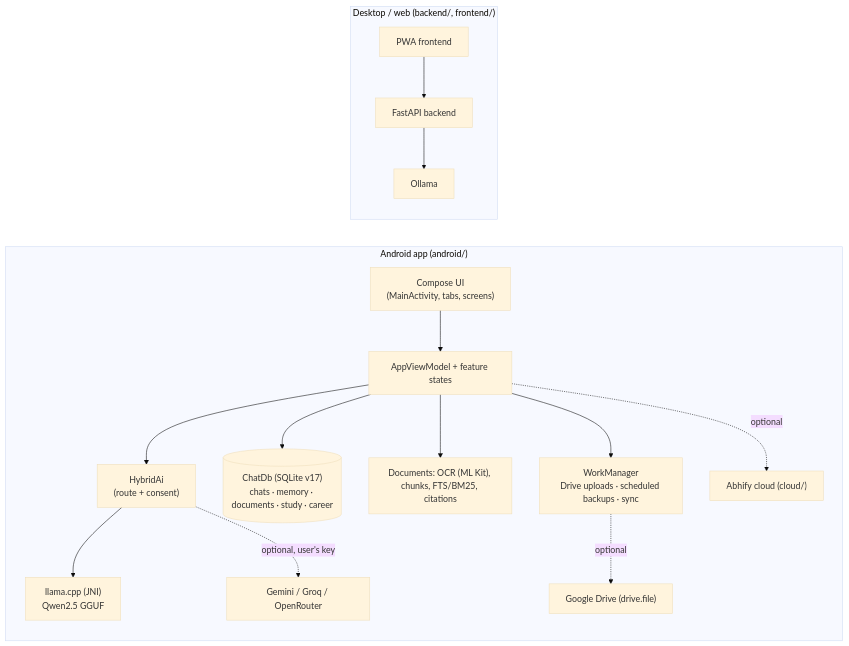
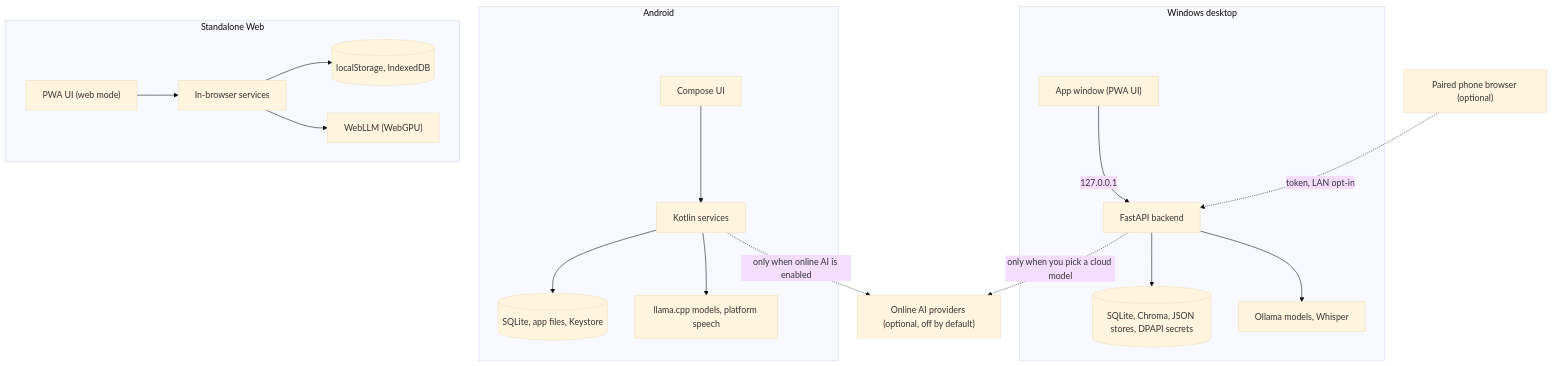
Before and after one commit to tabhiabhishek/Abhify.AI: the first of 4 diagrams in README.md, drawn with Mermaid (base theme). The commit also changed other lines of this file and 488 other files, not shown here.

````diff
--- a/README.md
+++ b/README.md
@@ -112,17 +17,22 @@
 ```mermaid
-flowchart LR
-  subgraph Phone["Android app (android/)"]
-    UI["Compose UI\n(MainActivity, tabs, screens)"] --> VM["AppViewModel + feature states"]
-    VM --> AI["HybridAi\n(route + consent)"]
-    AI --> LLM["llama.cpp (JNI)\nQwen2.5 GGUF"]
-    AI -. optional, user's key .-> PROV["Gemini / Groq / OpenRouter"]
-    VM --> DB[("ChatDb (SQLite v17)\nchats · memory · documents · study · career")]
-    VM --> RAG["Documents: OCR (ML Kit), chunks, FTS/BM25, citations"]
-    VM --> WM["WorkManager\nDrive uploads · scheduled backups · sync"]
-    WM -. optional .-> GD["Google Drive (drive.file)"]
-    VM -. optional .-> CLOUD["Abhify cloud (cloud/)"]
+flowchart TB
+  subgraph WIN["Windows desktop"]
+    W1["App window (PWA UI)"] -->|127.0.0.1| W2["FastAPI backend"]
+    W2 --> W3[("SQLite, Chroma, JSON stores, DPAPI secrets")]
+    W2 --> W4["Ollama models, Whisper"]
   end
-  subgraph PC["Desktop / web (backend/, frontend/)"]
-    PWA["PWA frontend"] --> API["FastAPI backend"] --> OLL["Ollama"]
+  subgraph AND["Android"]
+    A1["Compose UI"] --> A2["Kotlin services"]
+    A2 --> A3[("SQLite, app files, Keystore")]
+    A2 --> A4["llama.cpp models, platform speech"]
   end
+  subgraph WEB["Standalone Web"]
+    B1["PWA UI (web mode)"] --> B2["In-browser services"]
+    B2 --> B3[("localStorage, IndexedDB")]
+    B2 --> B4["WebLLM (WebGPU)"]
+  end
+  CP["Online AI providers (optional, off by default)"]
+  W2 -. "only when you pick a cloud model" .-> CP
+  A2 -. "only when online AI is enabled" .-> CP
+  PH["Paired phone browser (optional)"] -. "token, LAN opt-in" .-> W2
 ```
````
